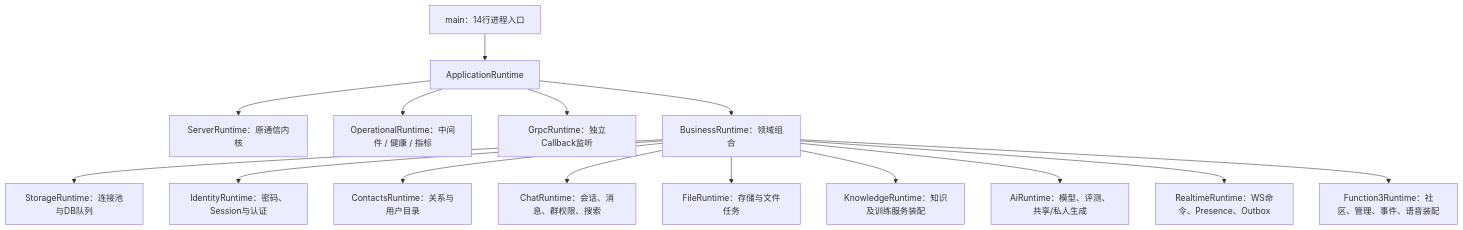
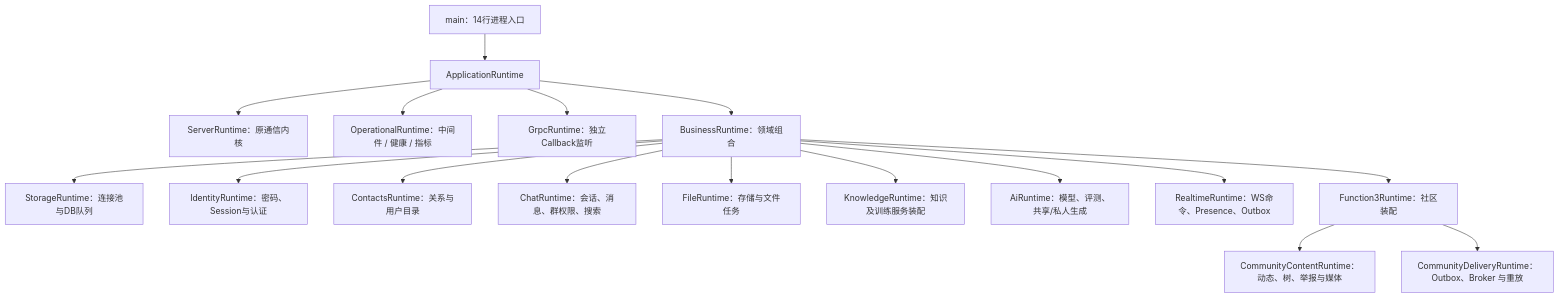
The diagram in docs/architecture/overview/ARCHITECTURE.md (aurora-deng/web), drawn with Mermaid before and after one commit. The commit also changed other lines of this file and 21 other files, not shown here.

````diff
--- a/docs/architecture/overview/ARCHITECTURE.md
+++ b/docs/architecture/overview/ARCHITECTURE.md
@@ -29,17 +29,19 @@
 ```mermaid
 flowchart TB
     Main[main：14行进程入口] --> App[ApplicationRuntime]
     App --> Server[ServerRuntime：原通信内核]
     App --> Ops[OperationalRuntime：中间件 / 健康 / 指标]
     App --> RPC[GrpcRuntime：独立Callback监听]
     App --> Business[BusinessRuntime：领域组合]
     Business --> Storage[StorageRuntime：连接池与DB队列]
     Business --> Identity[IdentityRuntime：密码、Session与认证]
     Business --> Contacts[ContactsRuntime：关系与用户目录]
     Business --> Chat[ChatRuntime：会话、消息、群权限、搜索]
     Business --> File[FileRuntime：存储与文件任务]
     Business --> Knowledge[KnowledgeRuntime：知识及训练服务装配]
     Business --> AI[AiRuntime：模型、评测、共享/私人生成]
     Business --> Realtime[RealtimeRuntime：WS命令、Presence、Outbox]
-    Business --> Community[Function3Runtime：社区、管理、事件、语音装配]
+    Business --> Community[Function3Runtime：社区装配]
+    Community --> Content[CommunityContentRuntime：动态、树、举报与媒体]
+    Community --> Delivery[CommunityDeliveryRuntime：Outbox、Broker 与重放]
 ```
````
